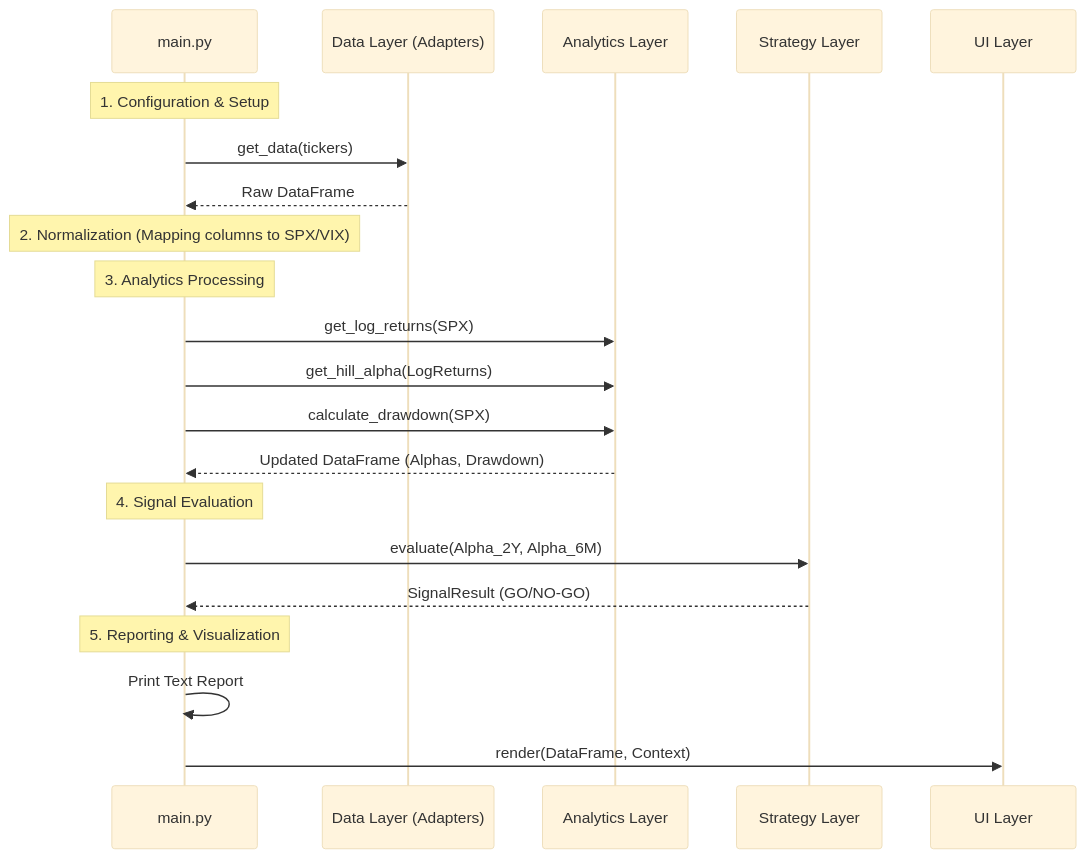
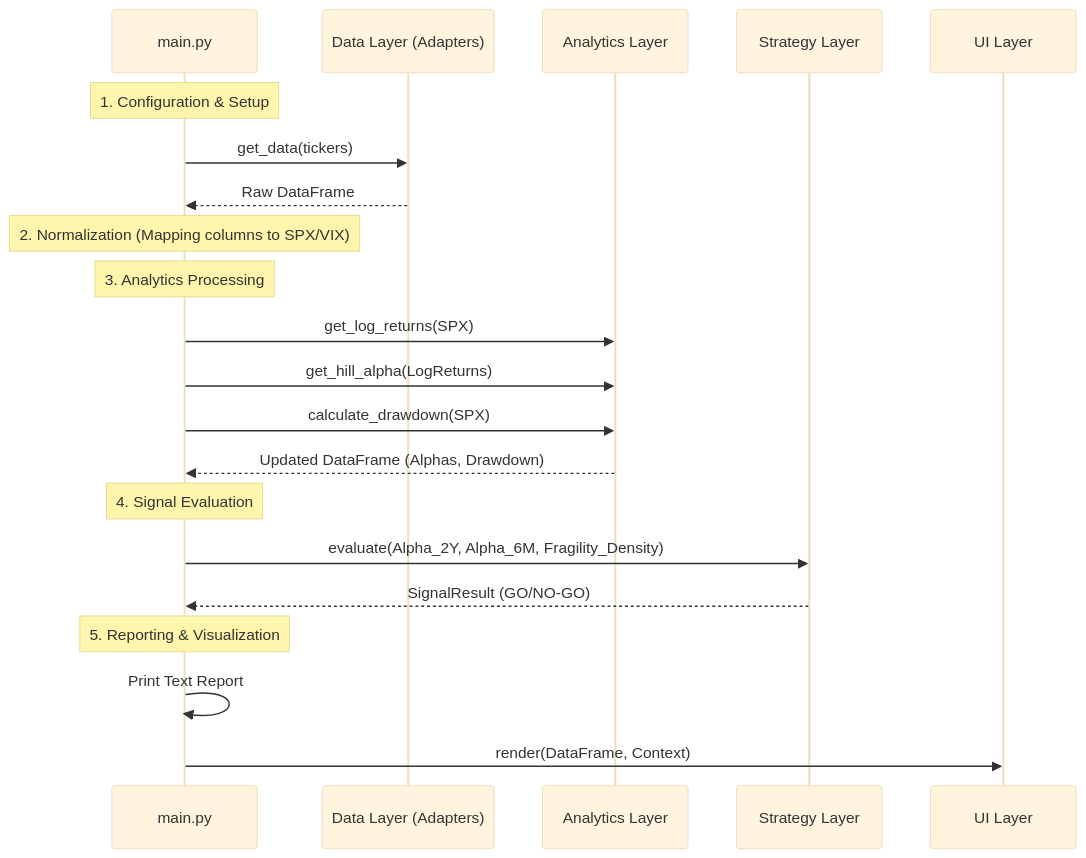
Before and after one commit to 3d02/Extremistan: the diagram in ARCHITECTURE.md, drawn with Mermaid (base theme). The commit also changed 8 other files, not shown here.

First line of the commit message:
feat: switch Weather Alpha to point plot and density-based strategy

````diff
--- a/ARCHITECTURE.md
+++ b/ARCHITECTURE.md
@@ -34,28 +34,28 @@
 ```mermaid
 sequenceDiagram
     participant Main as main.py
     participant Data as Data Layer (Adapters)
     participant Analytics as Analytics Layer
     participant Strategy as Strategy Layer
     participant UI as UI Layer
 
     Note over Main: 1. Configuration & Setup
     Main->>Data: get_data(tickers)
     Data-->>Main: Raw DataFrame
 
     Note over Main: 2. Normalization (Mapping columns to SPX/VIX)
 
     Note over Main: 3. Analytics Processing
     Main->>Analytics: get_log_returns(SPX)
     Main->>Analytics: get_hill_alpha(LogReturns)
     Main->>Analytics: calculate_drawdown(SPX)
     Analytics-->>Main: Updated DataFrame (Alphas, Drawdown)
 
     Note over Main: 4. Signal Evaluation
-    Main->>Strategy: evaluate(Alpha_2Y, Alpha_6M)
+    Main->>Strategy: evaluate(Alpha_2Y, Alpha_6M, Fragility_Density)
     Strategy-->>Main: SignalResult (GO/NO-GO)
 
     Note over Main: 5. Reporting & Visualization
     Main->>Main: Print Text Report
     Main->>UI: render(DataFrame, Context)
 ```
````
